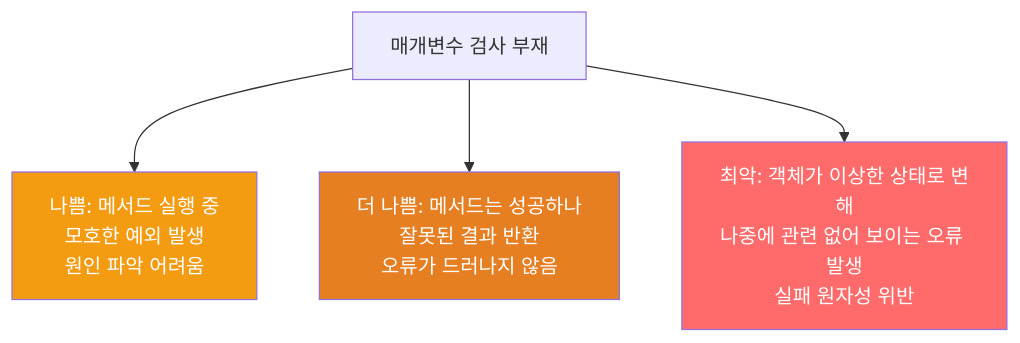
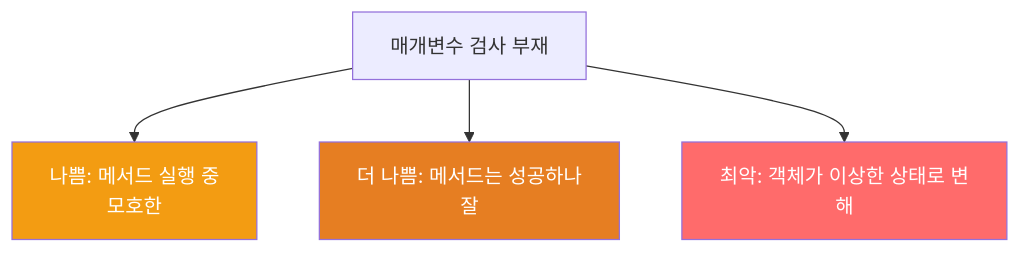
Before and after one commit to yjkim2015/yjkim2015.github.io: the diagram in _posts/java/2022-01-26-effective-java49.md, drawn with Mermaid. The commit also changed 271 other files, not shown here.

First line of the commit message:
Mermaid 라벨 축소: 긴 노드 텍스트 18자 이하로 트림 + \n 제거

````diff
--- a/_posts/java/2022-01-26-effective-java49.md
+++ b/_posts/java/2022-01-26-effective-java49.md
@@ -20,9 +20,9 @@
 ```mermaid
 graph TD
-    A["매개변수 검사 부재"] --> B["나쁨: 메서드 실행 중\n모호한 예외 발생\n원인 파악 어려움"]
-    A --> C["더 나쁨: 메서드는 성공하나\n잘못된 결과 반환\n오류가 드러나지 않음"]
-    A --> D["최악: 객체가 이상한 상태로 변해\n나중에 관련 없어 보이는 오류 발생\n실패 원자성 위반"]
+    A["매개변수 검사 부재"] --> B["나쁨: 메서드 실행 중\n모호한"]
+    A --> C["더 나쁨: 메서드는 성공하나\n잘"]
+    A --> D["최악: 객체가 이상한 상태로 변해"]
     style B fill:#f39c12,color:#fff
     style C fill:#e67e22,color:#fff
     style D fill:#ff6b6b,color:#fff
 ```
````
